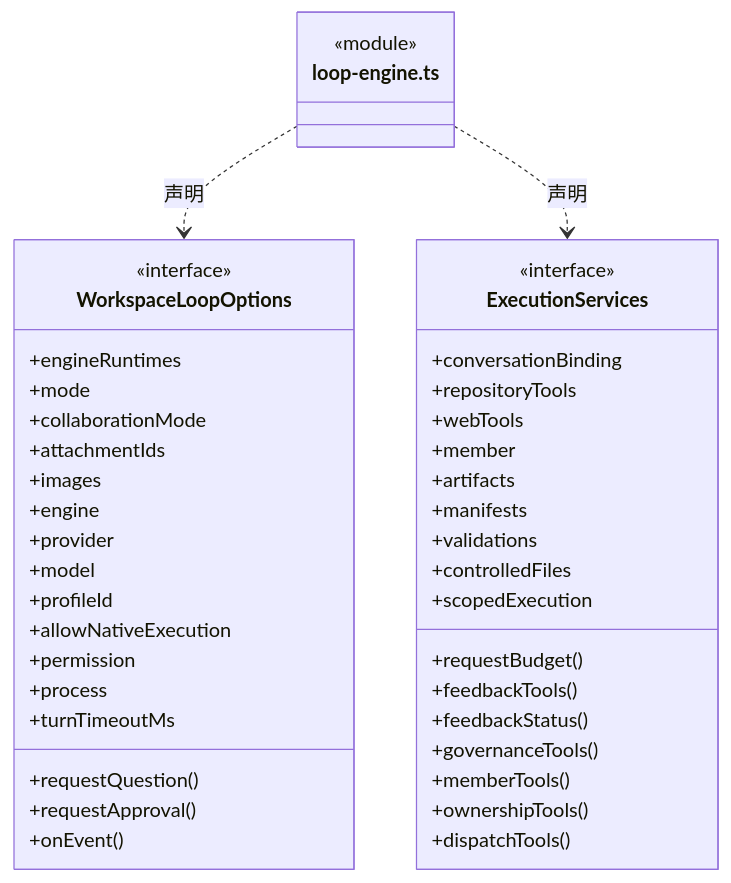
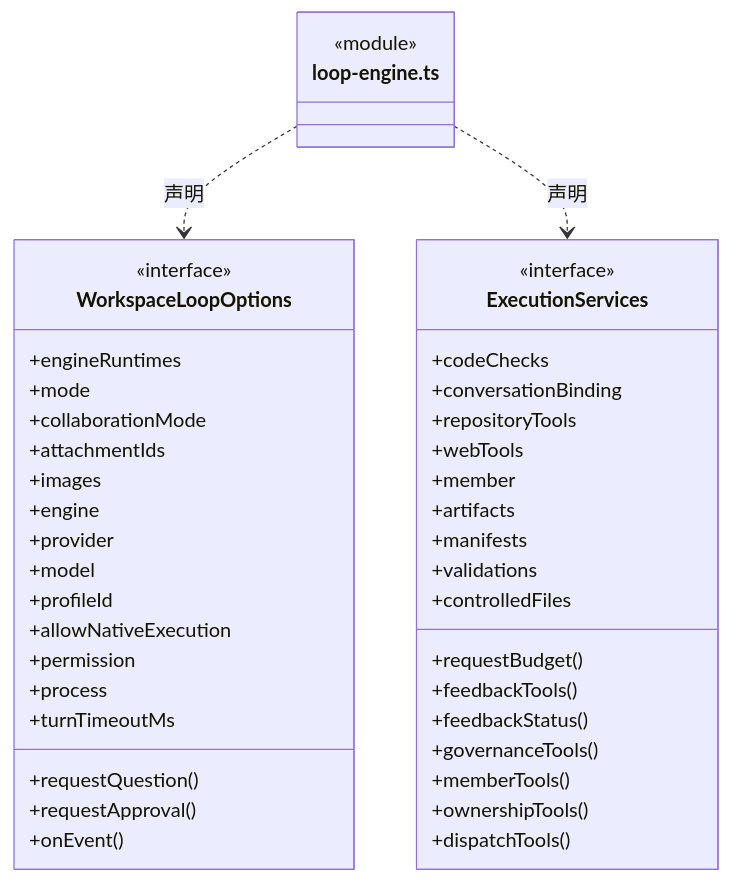
Before and after one commit to nan023062/cbim: the second of 3 diagrams in src/backend/scheduler-engine/assembly/ARCHITECTURE.md, drawn with Mermaid. The commit also changed other lines of this file and 130 other files, not shown here.

````diff
--- a/src/backend/scheduler-engine/assembly/ARCHITECTURE.md
+++ b/src/backend/scheduler-engine/assembly/ARCHITECTURE.md
@@ -29,46 +29,46 @@
 ```mermaid
 classDiagram
 class N_src_backend_scheduler_engine_assembly_loop_engine_ts["loop-engine.ts"] {
   <<module>>
 }
 class N_src_backend_scheduler_engine_assembly_loop_engine_ts_WorkspaceLoopOptions["WorkspaceLoopOptions"] {
   <<interface>>
   +engineRuntimes
   +mode
   +collaborationMode
   +attachmentIds
   +images
   +engine
   +provider
   +model
   +profileId
   +allowNativeExecution
   +permission
   +requestQuestion()
   +requestApproval()
   +process
   +turnTimeoutMs
   +onEvent()
 }
 N_src_backend_scheduler_engine_assembly_loop_engine_ts ..> N_src_backend_scheduler_engine_assembly_loop_engine_ts_WorkspaceLoopOptions : 声明
 class N_src_backend_scheduler_engine_assembly_loop_engine_ts_ExecutionServices["ExecutionServices"] {
   <<interface>>
+  +codeChecks
   +requestBudget()
   +conversationBinding
   +repositoryTools
   +webTools
   +feedbackTools()
   +feedbackStatus()
   +governanceTools()
   +memberTools()
   +ownershipTools()
   +dispatchTools()
   +member
   +artifacts
   +manifests
   +validations
   +controlledFiles
-  +scopedExecution
 }
 N_src_backend_scheduler_engine_assembly_loop_engine_ts ..> N_src_backend_scheduler_engine_assembly_loop_engine_ts_ExecutionServices : 声明
 ```
````
